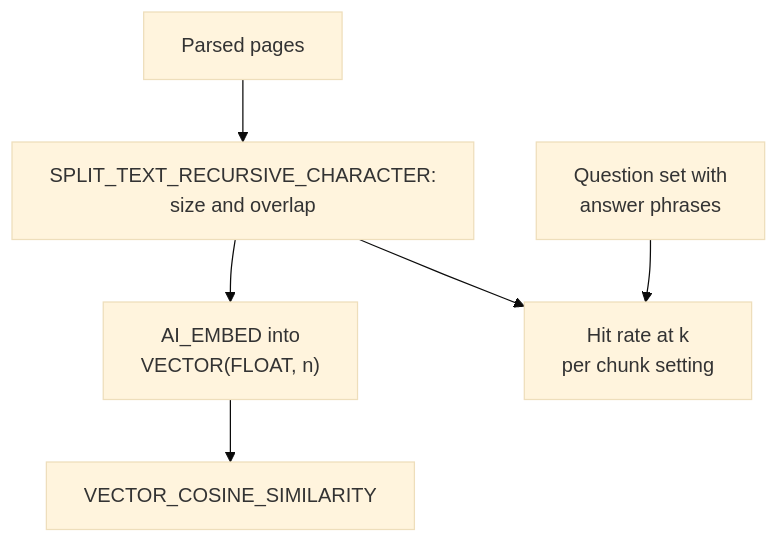
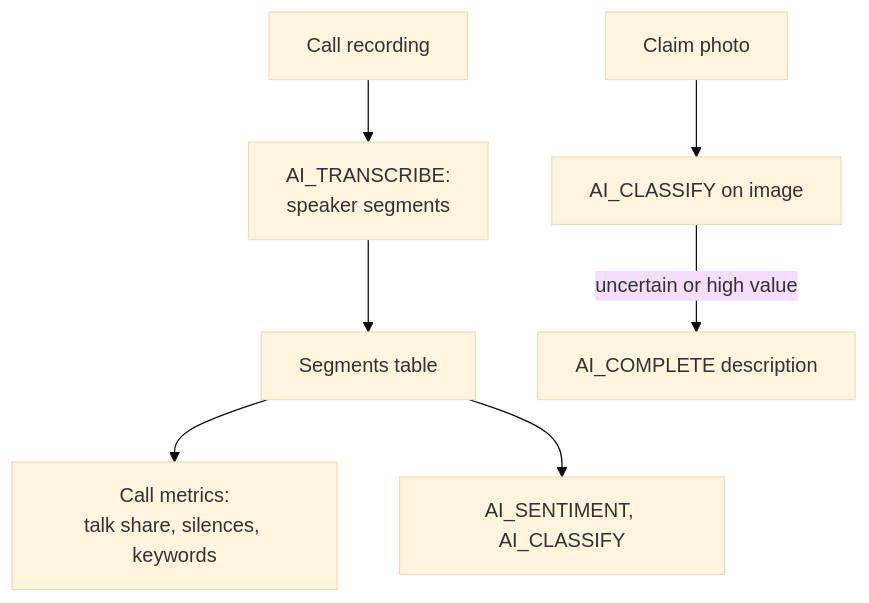
The diagram in data/diagrams/a3308.mmd (Abhi4972/AI-From-Zero-to-Hero), drawn with Mermaid (base theme) before and after one commit. The commit also changed 74 other files, not shown here.

```diff
--- a/data/diagrams/a3308.mmd
+++ b/data/diagrams/a3308.mmd
@@ -1,7 +1,8 @@
-%% after: Vectors in SQL
+%% after: Calls
 flowchart TD
-  PG["Parsed pages"] --> SP["SPLIT_TEXT_RECURSIVE_CHARACTER:<br/>size and overlap"]
-  SP --> EM["AI_EMBED into<br/>VECTOR(FLOAT, n)"]
-  EM --> SIM["VECTOR_COSINE_SIMILARITY"]
-  GS["Question set with<br/>answer phrases"] --> HR["Hit rate at k<br/>per chunk setting"]
-  SP --> HR
+  AU["Call recording"] --> TR["AI_TRANSCRIBE:<br/>speaker segments"]
+  TR --> SG["Segments table"]
+  SG --> MT["Call metrics:<br/>talk share, silences, keywords"]
+  SG --> SE["AI_SENTIMENT, AI_CLASSIFY"]
+  PH["Claim photo"] --> IC["AI_CLASSIFY on image"]
+  IC -->|"uncertain or high value"| DS["AI_COMPLETE description"]
```
